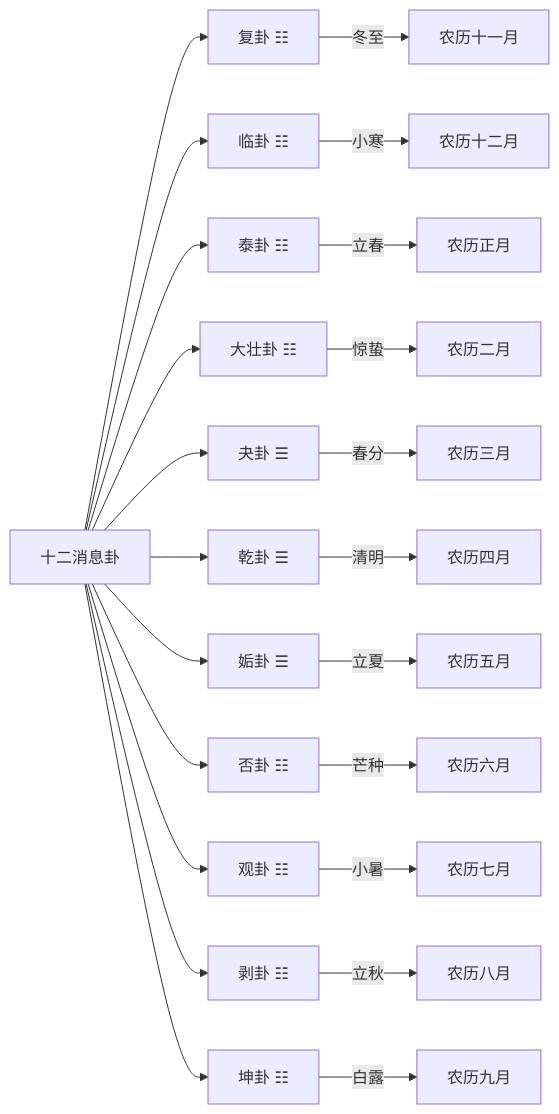
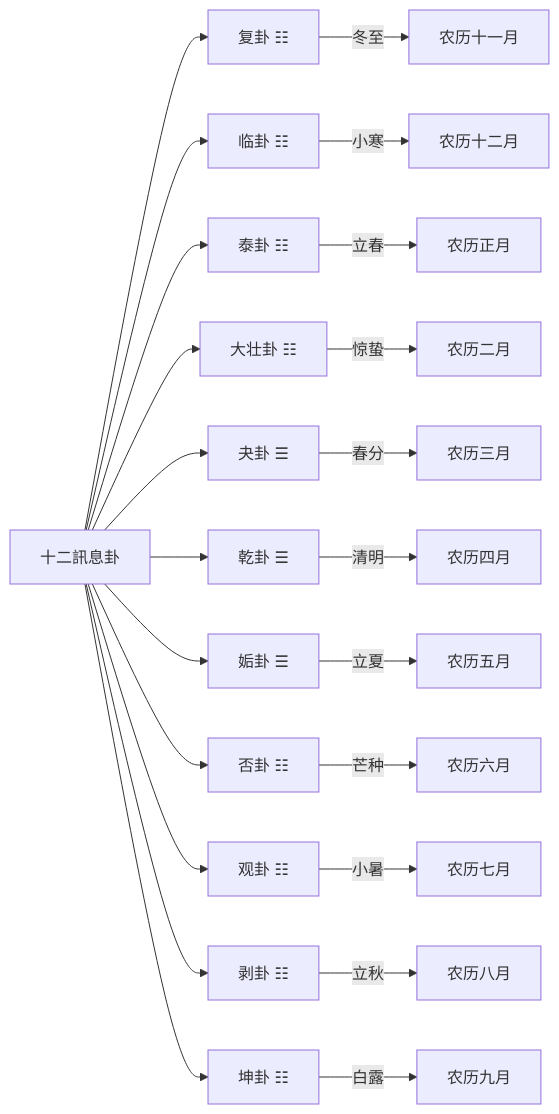
Before and after one commit to kmjade/knowledge-value: the first of 3 diagrams in 3 Resources/04-Interests/易学/02-易经核心/十二消息卦.md, drawn with Mermaid. The commit also changed other lines of this file and 653 other files, not shown here.

````diff
--- a/3 Resources/04-Interests/易学/02-易经核心/十二消息卦.md
+++ b/3 Resources/04-Interests/易学/02-易经核心/十二消息卦.md
@@ -22,26 +22,26 @@
 ```mermaid
 graph LR
-    A[十二消息卦] --> B[复卦 ☷]
+    A[十二訊息卦] --> B[复卦 ☷]
     A --> C[临卦 ☷]
     A --> D[泰卦 ☷]
     A --> E[大壮卦 ☷]
     A --> F[夬卦 ☰]
     A --> G[乾卦 ☰]
     A --> H[姤卦 ☰]
     A --> I[否卦 ☷]
     A --> J[观卦 ☷]
     A --> K[剥卦 ☷]
     A --> L[坤卦 ☷]
     
     B -->|冬至| B1[农历十一月]
     C -->|小寒| C1[农历十二月]
     D -->|立春| D1[农历正月]
     E -->|惊蛰| E1[农历二月]
     F -->|春分| F1[农历三月]
     G -->|清明| G1[农历四月]
     H -->|立夏| H1[农历五月]
     I -->|芒种| I1[农历六月]
     J -->|小暑| J1[农历七月]
     K -->|立秋| K1[农历八月]
     L -->|白露| L1[农历九月]
 ```
````
